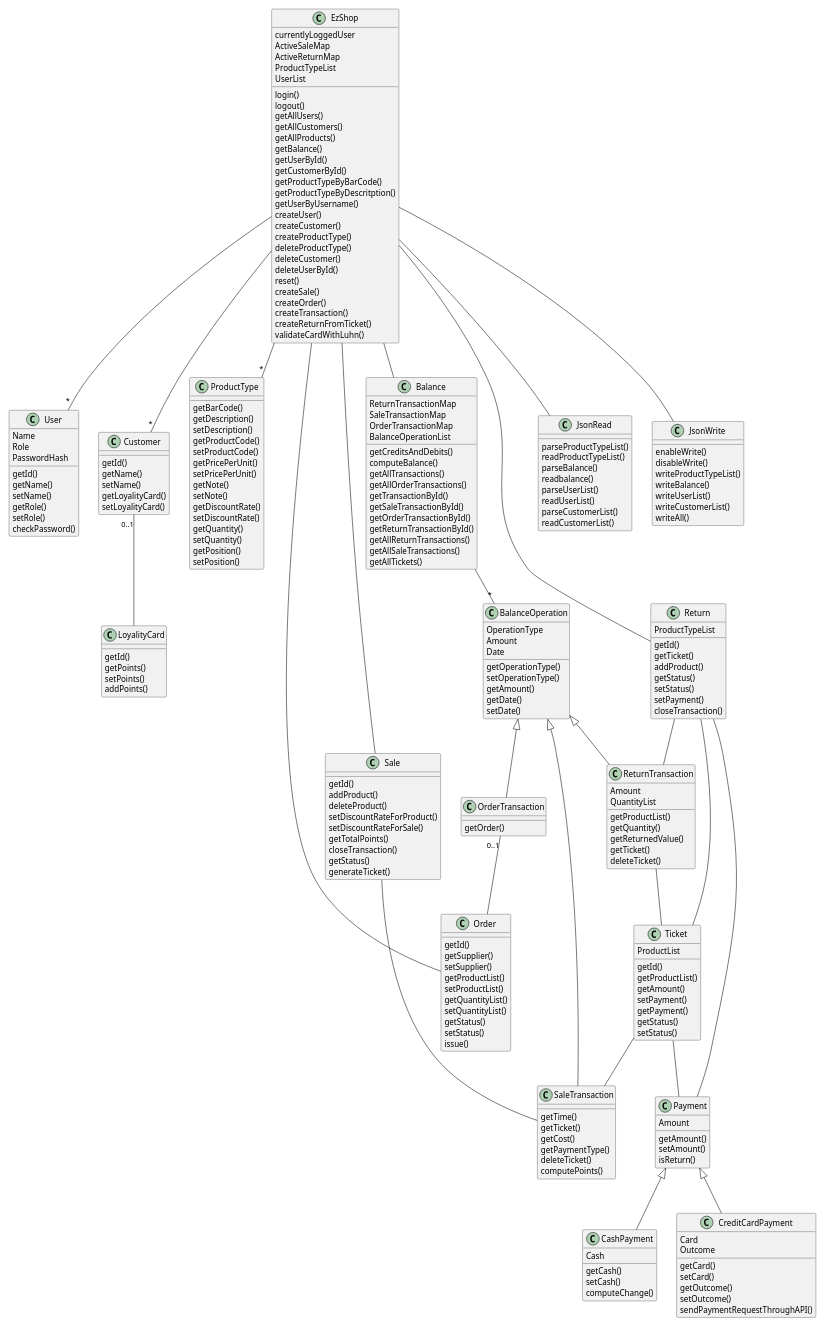
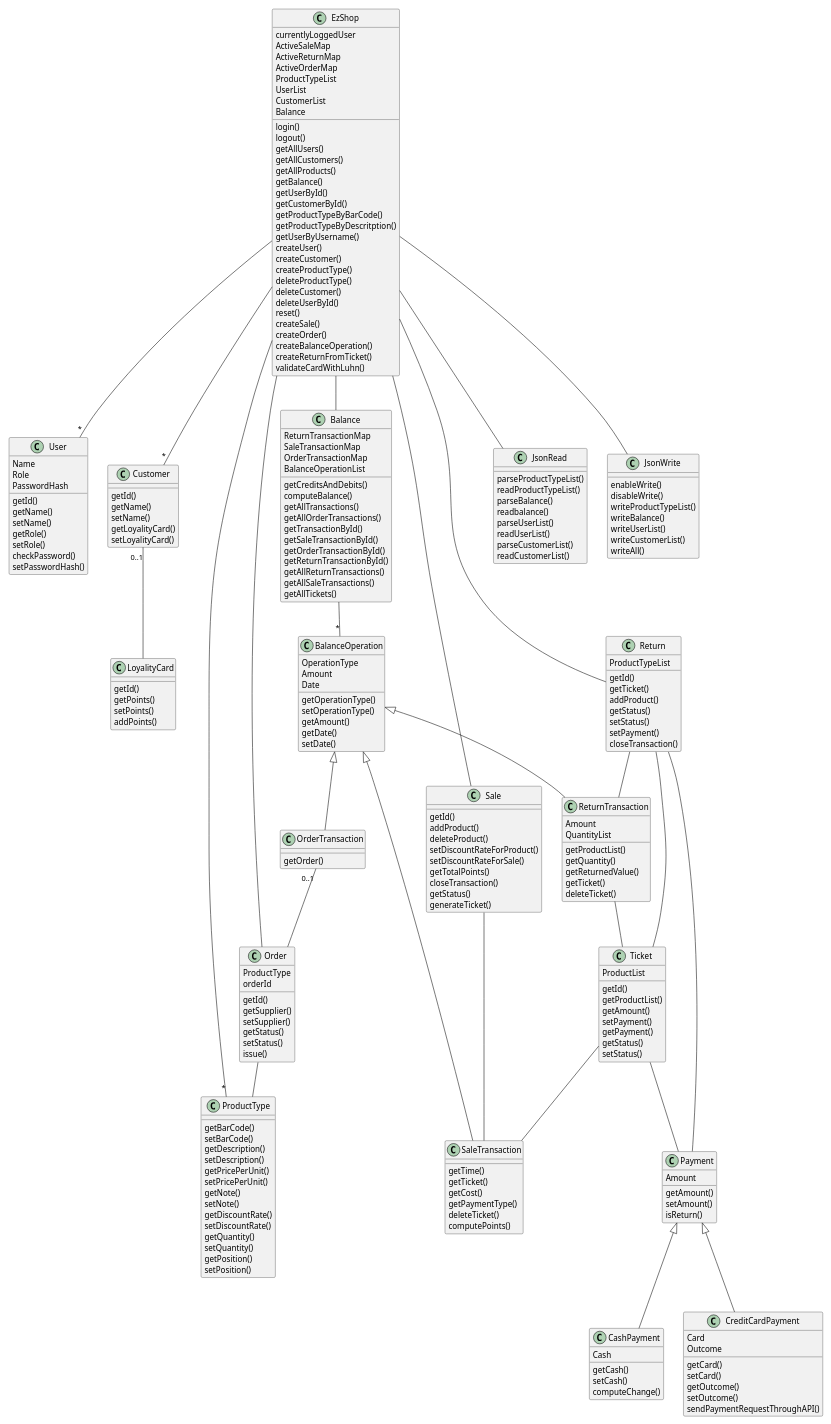
The second of 6 diagrams in Deliverables/DesignDocument.md (paolotron/EzshoProject31), drawn with PlantUML before and after one commit.

````diff
--- a/Deliverables/DesignDocument.md
+++ b/Deliverables/DesignDocument.md
@@ -57,4 +57,6 @@
 ```plantuml
+
+@startuml
 
 scale 0.7
 class EzShop{
@@ -78,14 +80,17 @@
     reset()
     createSale()
     createOrder()
-    createTransaction()
+    createBalanceOperation()
     createReturnFromTicket()
     validateCardWithLuhn()
     currentlyLoggedUser
     ActiveSaleMap
     ActiveReturnMap
+    ActiveOrderMap
     ProductTypeList
     UserList
+    CustomerList
+    Balance
 }
 class User{
     Name
@@ -97,6 +102,7 @@
     getRole()
     setRole()
     checkPassword()
+    setPasswordHash()
 }
 class Customer{
     getId()
@@ -113,10 +119,9 @@
 }
 class ProductType{
     getBarCode()
+    setBarCode()
     getDescription()
     setDescription()
-    getProductCode()
-    setProductCode()
     getPricePerUnit()
     setPricePerUnit()
     getNote()
@@ -129,13 +134,11 @@
     setPosition()
 }
 class Order{
+    ProductType
+    orderId
     getId()
     getSupplier()
     setSupplier()
-    getProductList()
-    setProductList()
-    getQuantityList()
-    setQuantityList()
     getStatus()
     setStatus()
     issue()
@@ -161,7 +164,6 @@
 }
 class Ticket{
     ProductList
-    
     getId()
     getProductList()
     getAmount()
@@ -284,5 +286,9 @@
 EzShop -- JsonWrite
 Return -- Ticket
 Return -- Payment
+Order -- ProductType
+
+
+@enduml
 
 ```
````
